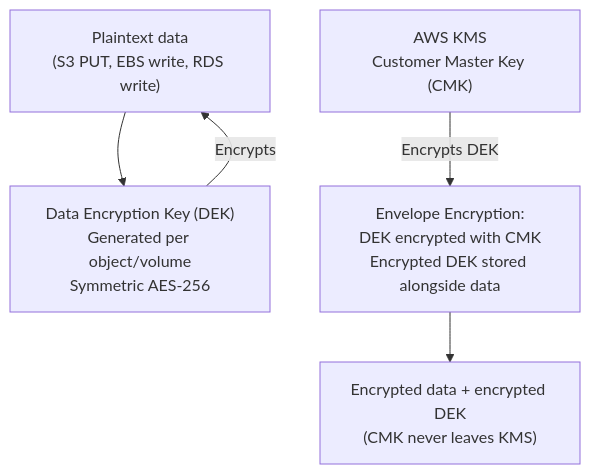
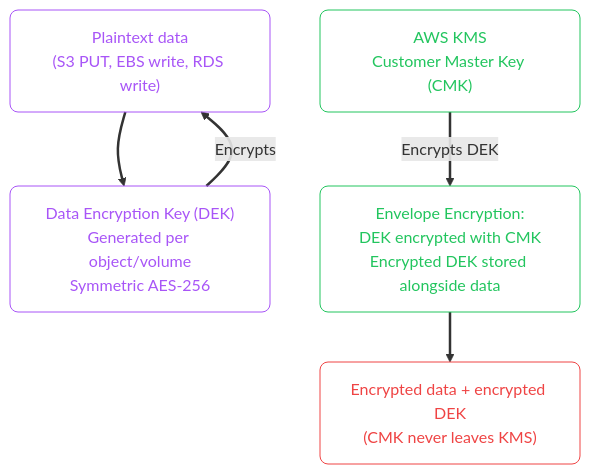
Before and after one commit to zafarale/cloudification: the sixth of 8 diagrams in src/content/cloud/aws/03-securing-your-system.mdx, drawn with Mermaid. The commit also changed other lines of this file and 84 other files, not shown here.

````diff
--- a/src/content/cloud/aws/03-securing-your-system.mdx
+++ b/src/content/cloud/aws/03-securing-your-system.mdx
@@ -208,13 +242,20 @@
 ```mermaid
 flowchart TD
-    DATA["Plaintext data\n(S3 PUT, EBS write, RDS write)"]
-    DEK["Data Encryption Key (DEK)\nGenerated per object/volume\nSymmetric AES-256"]
-    KMS["AWS KMS\nCustomer Master Key (CMK)"]
-    ENVELOPE["Envelope Encryption:\nDEK encrypted with CMK\nEncrypted DEK stored alongside data"]
-    STORED["Encrypted data + encrypted DEK\n(CMK never leaves KMS)"]
+    accTitle: KMS: Encryption at Rest
+    accDescr: Flowchart (td) showing S3 PUT, EBS write, RDS write, DEK, CMK
+    classDef step fill:none,stroke:#a855f7,color:#a855f7,rx:8,ry:8
+    classDef ok   fill:none,stroke:#22c55e,color:#22c55e,rx:8,ry:8
+    classDef fail fill:none,stroke:#ef4444,color:#ef4444,rx:8,ry:8
+    linkStyle default stroke-width:2.5px
+
+    DATA["Plaintext data<br/>(S3 PUT, EBS write, RDS write)"]:::step
+    DEK["Data Encryption Key (DEK)<br/>Generated per object/volume<br/>Symmetric AES-256"]:::step
+    KMS["AWS KMS<br/>Customer Master Key (CMK)"]:::ok
+    ENVELOPE["Envelope Encryption:<br/>DEK encrypted with CMK<br/>Encrypted DEK stored alongside data"]:::ok
+    STORED["Encrypted data + encrypted DEK<br/>(CMK never leaves KMS)"]:::fail
 
     DATA --> DEK
     DEK -- "Encrypts" --> DATA
     KMS -- "Encrypts DEK" --> ENVELOPE
     ENVELOPE --> STORED
 ```
````
